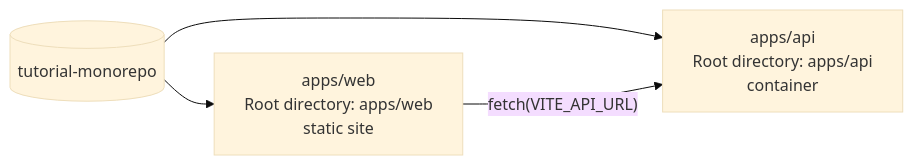
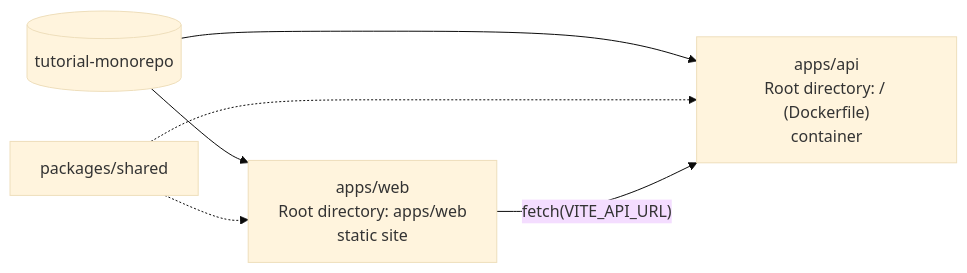
One commit to light-cloud-com/tutorial-monorepo changed the diagram in README.md. Above: the diagram before and after it, drawn with Mermaid (base theme). The commit also changed other lines of this file, not shown here.

Commit message:
README for part 2: shared package and the root Dockerfile

````diff
--- a/README.md
+++ b/README.md
@@ -8,6 +9,8 @@
 ```mermaid
 flowchart LR
   repo[(tutorial-monorepo)] --> web["apps/web\nRoot directory: apps/web\nstatic site"]
-  repo --> api["apps/api\nRoot directory: apps/api\ncontainer"]
+  repo --> api["apps/api\nRoot directory: / (Dockerfile)\ncontainer"]
+  shared["packages/shared"] -.-> web
+  shared -.-> api
   web -- "fetch(VITE_API_URL)" --> api
 ```
````
